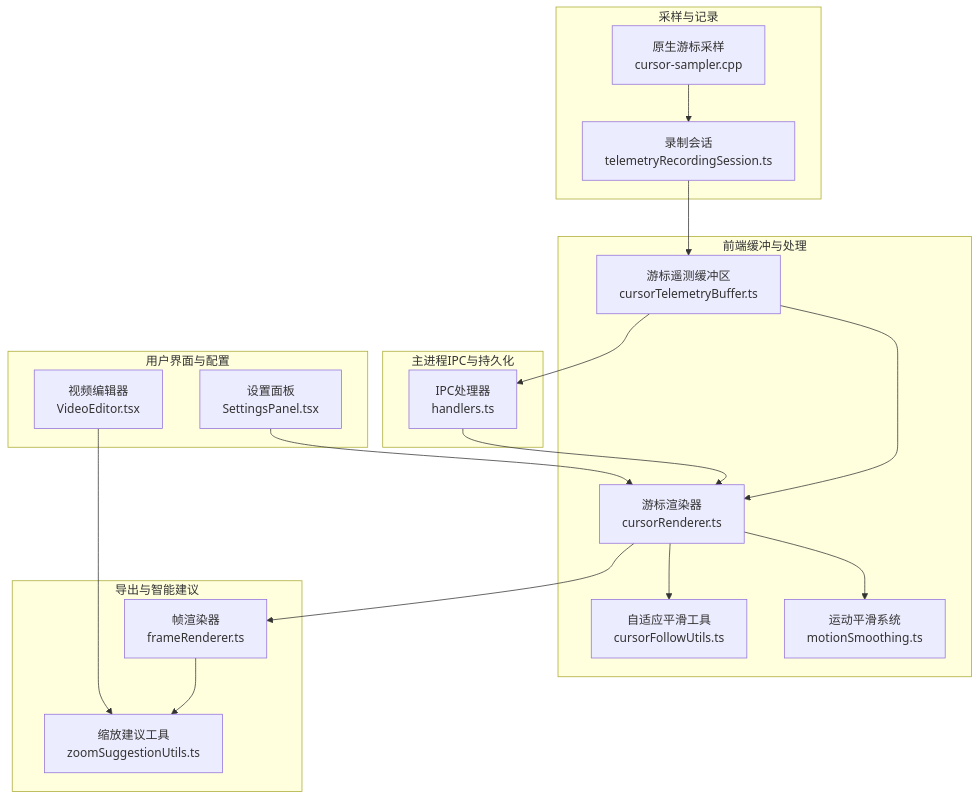
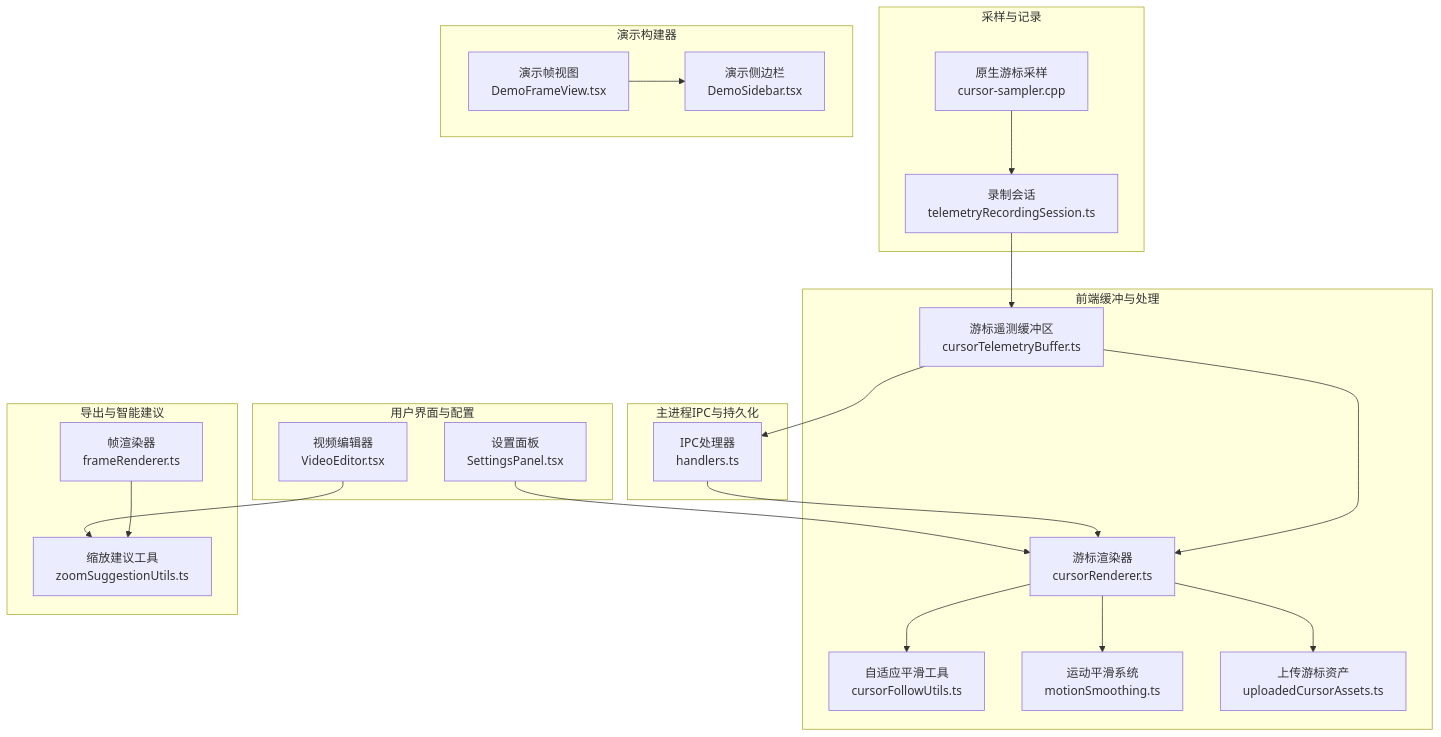
The first of 11 diagrams in .qoder/repowiki/zh/content/游标遥测系统/游标遥测系统.md (zhanggmin/openscreen), drawn with Mermaid before and after one commit. The commit also changed other lines of this file and 87 other files, not shown here.

````diff
--- a/.qoder/repowiki/zh/content/游标遥测系统/游标遥测系统.md
+++ b/.qoder/repowiki/zh/content/游标遥测系统/游标遥测系统.md
@@ -43,32 +46,38 @@
 ```mermaid
 graph TB
 subgraph "采样与记录"
 NS["原生游标采样<br/>cursor-sampler.cpp"]
 RS["录制会话<br/>telemetryRecordingSession.ts"]
 end
 subgraph "前端缓冲与处理"
 CTB["游标遥测缓冲区<br/>cursorTelemetryBuffer.ts"]
 CR["游标渲染器<br/>cursorRenderer.ts"]
 CFU["自适应平滑工具<br/>cursorFollowUtils.ts"]
 MS["运动平滑系统<br/>motionSmoothing.ts"]
+UCAS["上传游标资产<br/>uploadedCursorAssets.ts"]
+end
+subgraph "演示构建器"
+DFV["演示帧视图<br/>DemoFrameView.tsx"]
+DSB["演示侧边栏<br/>DemoSidebar.tsx"]
 end
 subgraph "主进程IPC与持久化"
 IPC["IPC处理器<br/>handlers.ts"]
 end
 subgraph "导出与智能建议"
 FR["帧渲染器<br/>frameRenderer.ts"]
 ZS["缩放建议工具<br/>zoomSuggestionUtils.ts"]
 end
 subgraph "用户界面与配置"
 SP["设置面板<br/>SettingsPanel.tsx"]
 VE["视频编辑器<br/>VideoEditor.tsx"]
 end
 NS --> RS --> CTB --> CR
 CTB --> IPC --> CR
 CR --> MS
 CR --> CFU
-CR --> FR
+CR --> UCAS
+DFV --> DSB
 FR --> ZS
 SP --> CR
 VE --> ZS
 ```
````
